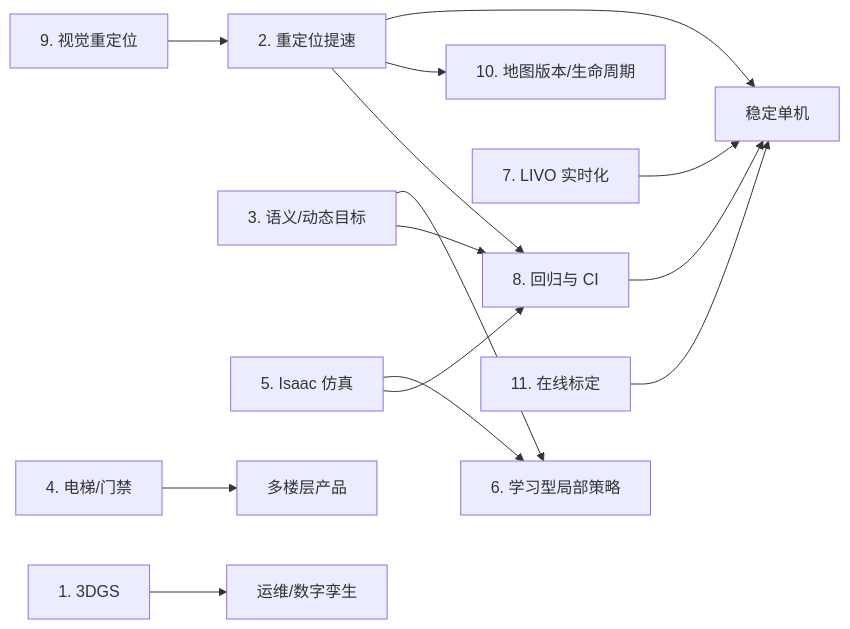
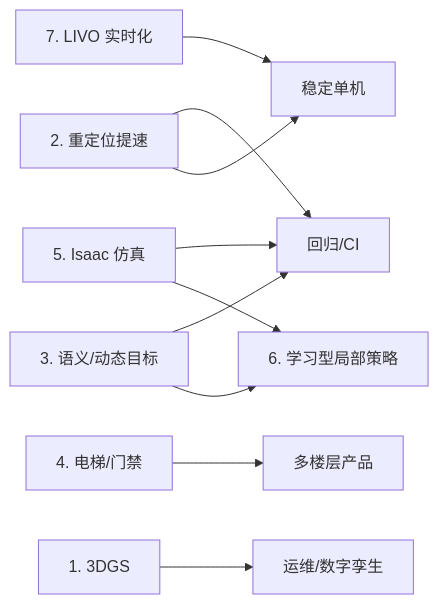
The diagram in README.md (MQjehovah/rosiwit_ws), drawn with Mermaid before and after one commit. The commit also changed other lines of this file, not shown here.

First line of the commit message:
docs(readme): keep only the LIVO real-time item among the new directions

````diff
--- a/README.md
+++ b/README.md
@@ -54,16 +50,12 @@
 ```mermaid
 graph LR
   R[2. 重定位提速] --> S[稳定单机]
-  R --> M[10. 地图版本/生命周期]
-  V[9. 视觉重定位] --> R
-  C[8. 回归与 CI] --> S
-  L7[7. LIVO 实时化] --> S
+  V[7. LIVO 实时化] --> S
   P[3. 语义/动态目标] --> L[6. 学习型局部策略]
   I[5. Isaac 仿真] --> L
-  I --> C
+  I --> C[回归/CI]
   P --> C
   R --> C
-  E[4. 电梯/门禁] --> M2[多楼层产品]
+  E[4. 电梯/门禁] --> M[多楼层产品]
   G[1. 3DGS] --> O[运维/数字孪生]
-  K[11. 在线标定] --> S
 ```
````
